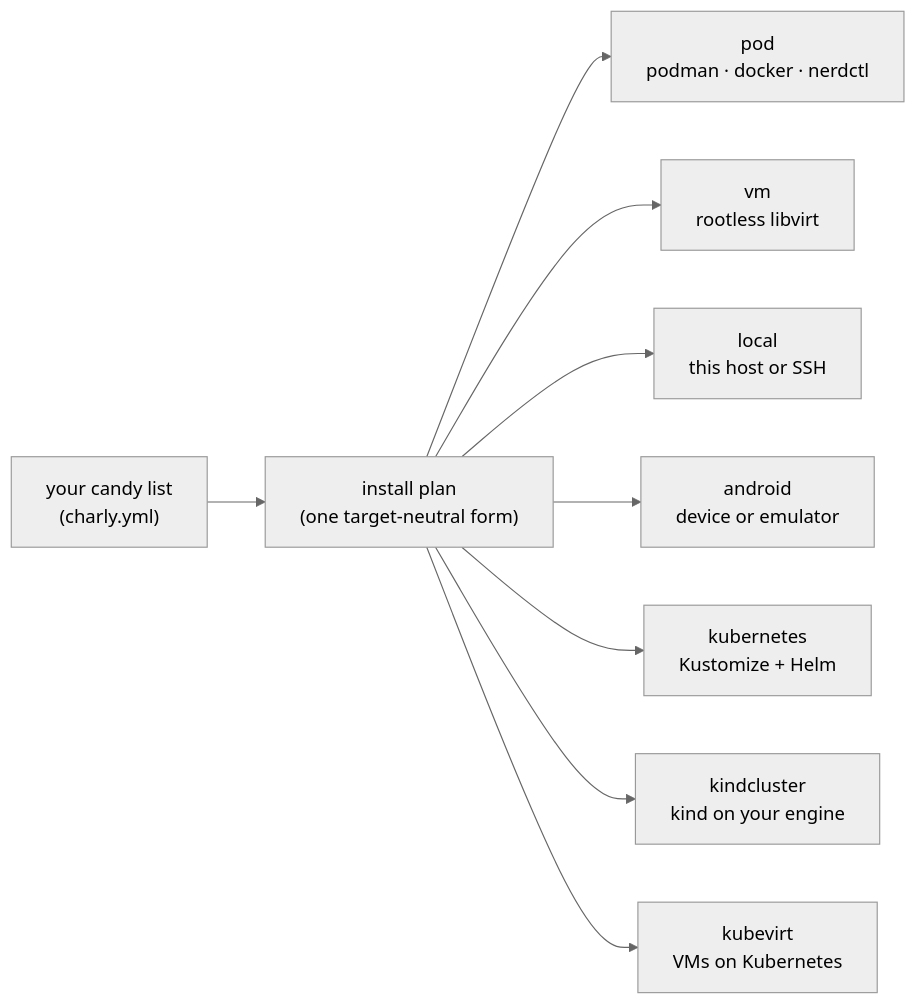
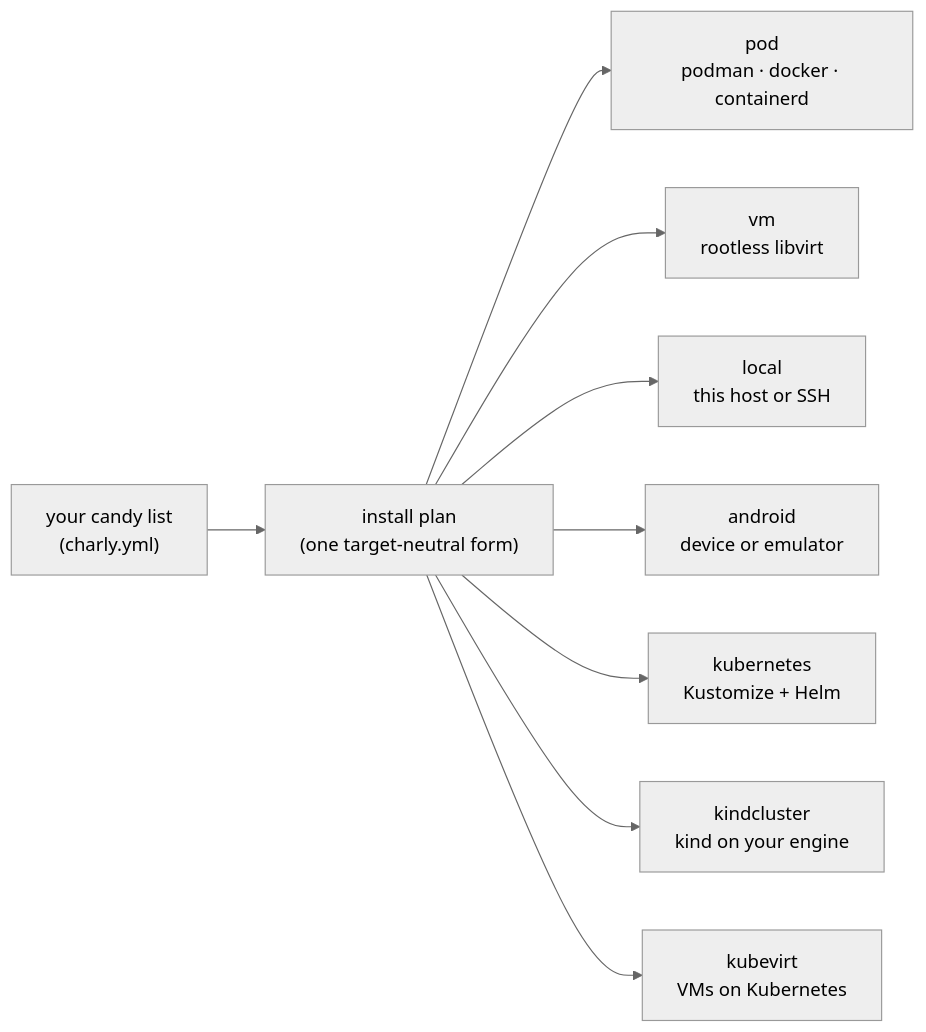
The diagram in src/content/docs/index.md (opencharly/docs), drawn with Mermaid (neutral theme) before and after one commit. The commit also changed other lines of this file and 142 other files, not shown here.

````diff
--- a/src/content/docs/index.md
+++ b/src/content/docs/index.md
@@ -63,11 +63,11 @@
 ```mermaid
 flowchart LR
     C["your candy list<br/>(charly.yml)"] --> P["install plan<br/>(one target-neutral form)"]
-    P --> pod["pod<br/>podman · docker · nerdctl"]
+    P --> pod["pod<br/>podman · docker · containerd"]
     P --> vm["vm<br/>rootless libvirt"]
     P --> local["local<br/>this host or SSH"]
     P --> android["android<br/>device or emulator"]
     P --> k8s["kubernetes<br/>Kustomize + Helm"]
     P --> kind["kindcluster<br/>kind on your engine"]
     P --> kv["kubevirt<br/>VMs on Kubernetes"]
 ```
````
